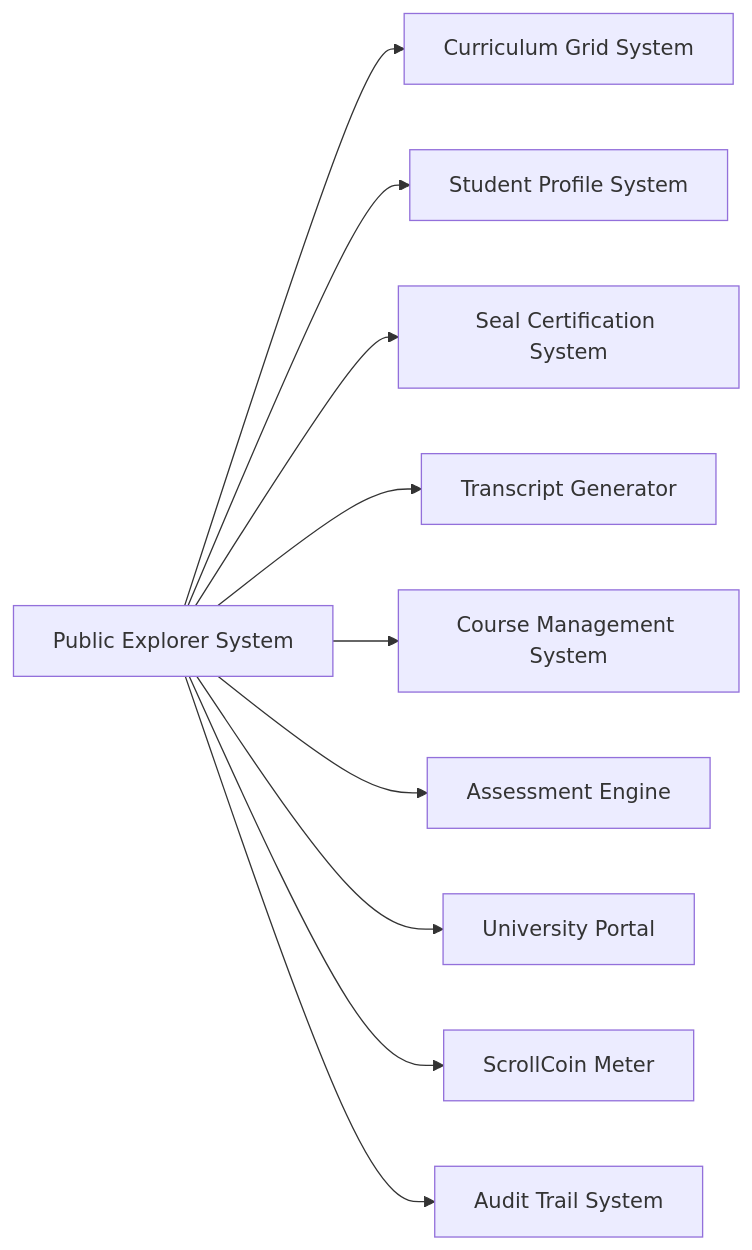
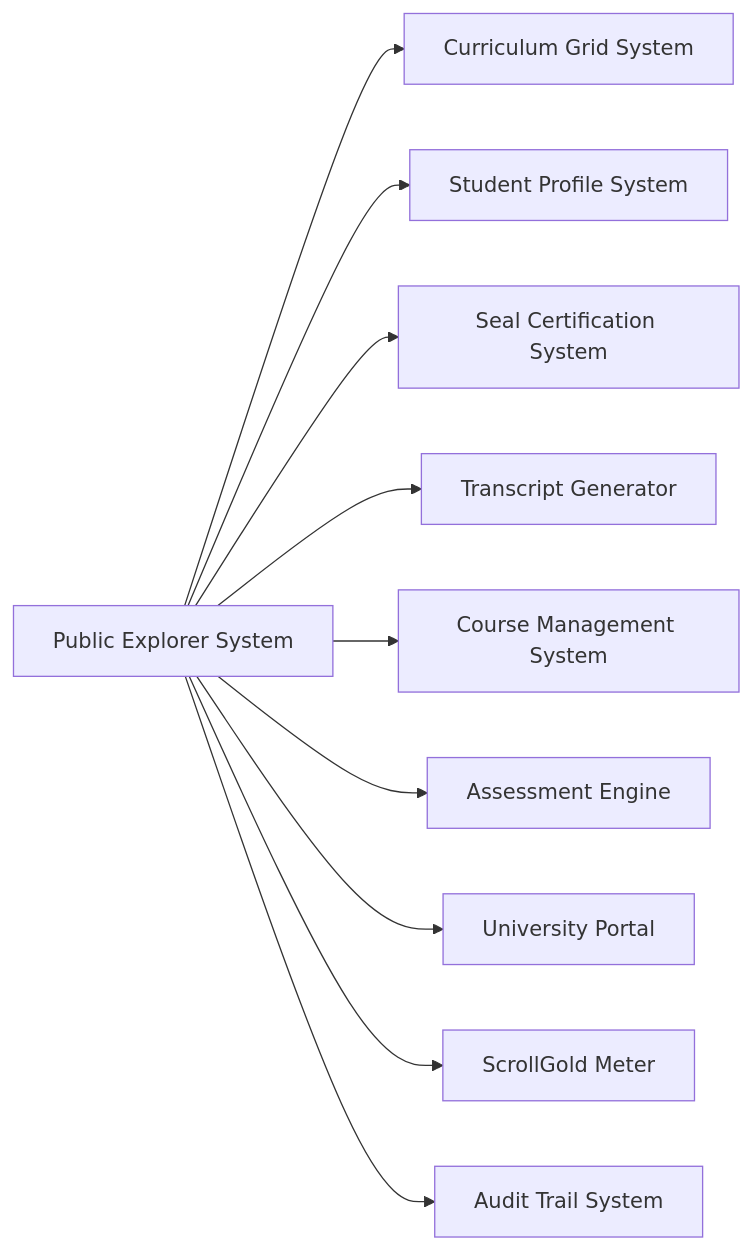
The second of 2 diagrams in .kiro/specs/scroll-public-explorer-spec/design.md (stanleymay20/zion-scroll-forge), drawn with Mermaid before and after one commit. The commit also changed 1853 other files, not shown here.

````diff
--- a/.kiro/specs/scroll-public-explorer-spec/design.md
+++ b/.kiro/specs/scroll-public-explorer-spec/design.md
@@ -43,12 +43,12 @@
 ```mermaid
 graph LR
     A[Public Explorer System] --> B[Curriculum Grid System]
     A --> C[Student Profile System]
     A --> D[Seal Certification System]
     A --> E[Transcript Generator]
     A --> F[Course Management System]
     A --> G[Assessment Engine]
     A --> H[University Portal]
-    A --> I[ScrollCoin Meter]
+    A --> I[ScrollGold Meter]
     A --> J[Audit Trail System]
 ```
````
